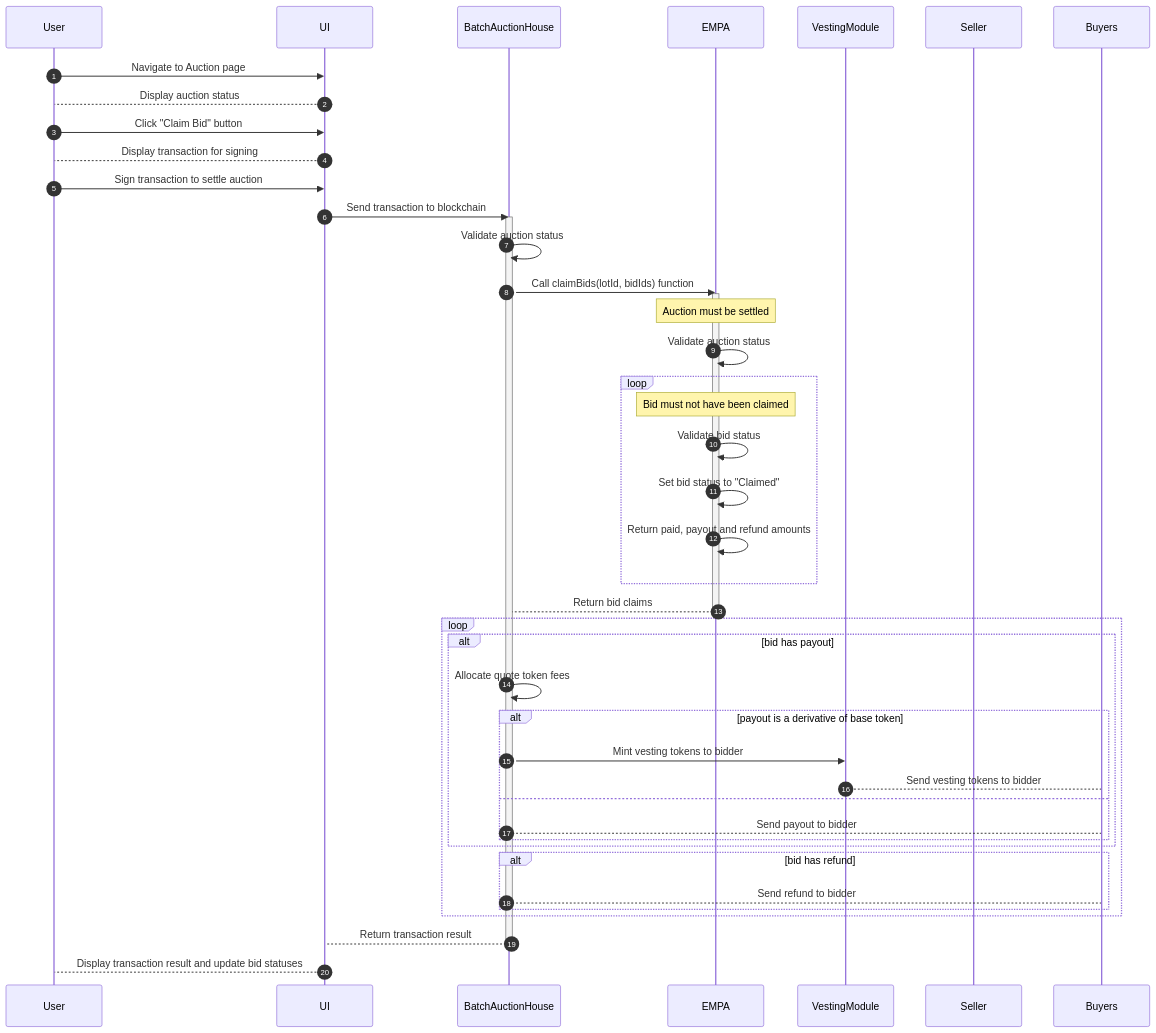
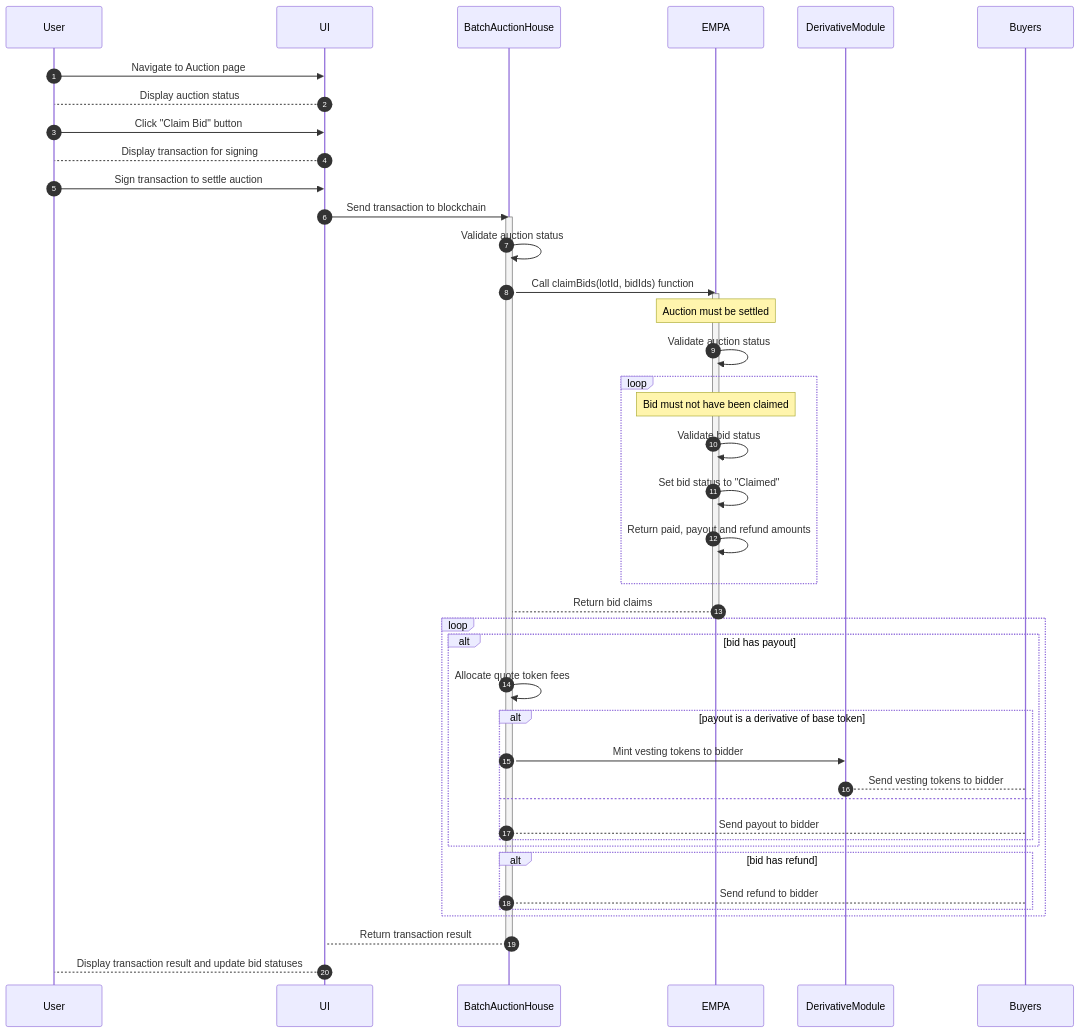
The ninth of 9 diagrams in design/EMPA.md (Axis-Fi/axis-core), drawn with Mermaid before and after one commit. The commit also changed other lines of this file, not shown here.

````diff
--- a/design/EMPA.md
+++ b/design/EMPA.md
@@ -449,50 +458,49 @@
 ```mermaid
 sequenceDiagram
   autoNumber
   participant User
   participant UI
   participant BatchAuctionHouse
   participant EMPA
-  participant VestingModule
-  participant Seller
+  participant DerivativeModule
   participant Buyers
 
   User->>UI: Navigate to Auction page
   UI-->User: Display auction status
   User->>UI: Click "Claim Bid" button
   UI-->User: Display transaction for signing
   User->>UI: Sign transaction to settle auction
   UI->>BatchAuctionHouse: Send transaction to blockchain
   activate BatchAuctionHouse
       BatchAuctionHouse->>BatchAuctionHouse: Validate auction status
       BatchAuctionHouse->>EMPA: Call claimBids(lotId, bidIds) function
       activate EMPA
           Note over EMPA: Auction must be settled
           EMPA->>EMPA: Validate auction status
           loop
             Note over EMPA: Bid must not have been claimed
             EMPA->>EMPA: Validate bid status
             EMPA->>EMPA: Set bid status to "Claimed"
             EMPA->>EMPA: Return paid, payout and refund amounts
           end
           EMPA-->BatchAuctionHouse: Return bid claims
       deactivate EMPA
       loop
         alt bid has payout
           BatchAuctionHouse->>BatchAuctionHouse: Allocate quote token fees
           alt payout is a derivative of base token
-            BatchAuctionHouse->>VestingModule: Mint vesting tokens to bidder
-            VestingModule-->Buyers: Send vesting tokens to bidder
+            BatchAuctionHouse->>DerivativeModule: Mint vesting tokens to bidder
+            DerivativeModule-->Buyers: Send vesting tokens to bidder
           else
             BatchAuctionHouse-->Buyers: Send payout to bidder
           end
         end
 
         alt bid has refund
           BatchAuctionHouse-->Buyers: Send refund to bidder
         end
       end
       BatchAuctionHouse-->UI: Return transaction result
   deactivate BatchAuctionHouse
   UI-->User: Display transaction result and update bid statuses
 ```
````
